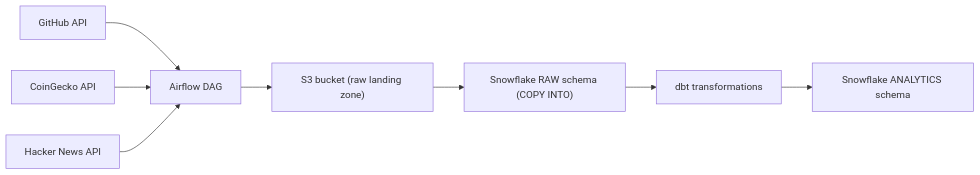
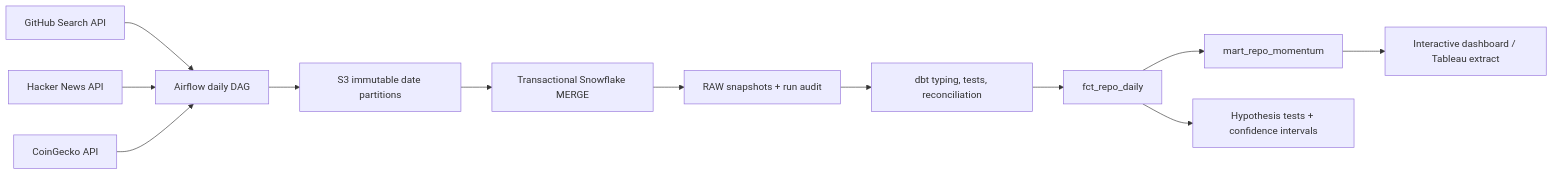
Before and after one commit to tmushd/dev-ecosystem-pipeline: the diagram in README.md, drawn with Mermaid. The commit also changed other lines of this file and 50 other files, not shown here.

````diff
--- a/README.md
+++ b/README.md
@@ -30,11 +28,14 @@
 ```mermaid
 flowchart LR
-  GH["GitHub API"] --> AF["Airflow DAG"]
-  CG["CoinGecko API"] --> AF
-  HN["Hacker News API"] --> AF
-
-  AF --> S3["S3 bucket (raw landing zone)"]
-  S3 --> SFRAW["Snowflake RAW schema (COPY INTO)"]
-  SFRAW --> DBT["dbt transformations"]
-  DBT --> SFA["Snowflake ANALYTICS schema"]
+  GH[GitHub Search API] --> AF[Airflow daily DAG]
+  HN[Hacker News API] --> AF
+  CG[CoinGecko API] --> AF
+  AF --> S3[S3 immutable date partitions]
+  S3 --> MERGE[Transactional Snowflake MERGE]
+  MERGE --> RAW[RAW snapshots + run audit]
+  RAW --> DBT[dbt typing, tests, reconciliation]
+  DBT --> FACT[fct_repo_daily]
+  FACT --> MART[mart_repo_momentum]
+  MART --> BI[Interactive dashboard / Tableau extract]
+  FACT --> HYP[Hypothesis tests + confidence intervals]
 ```
````
